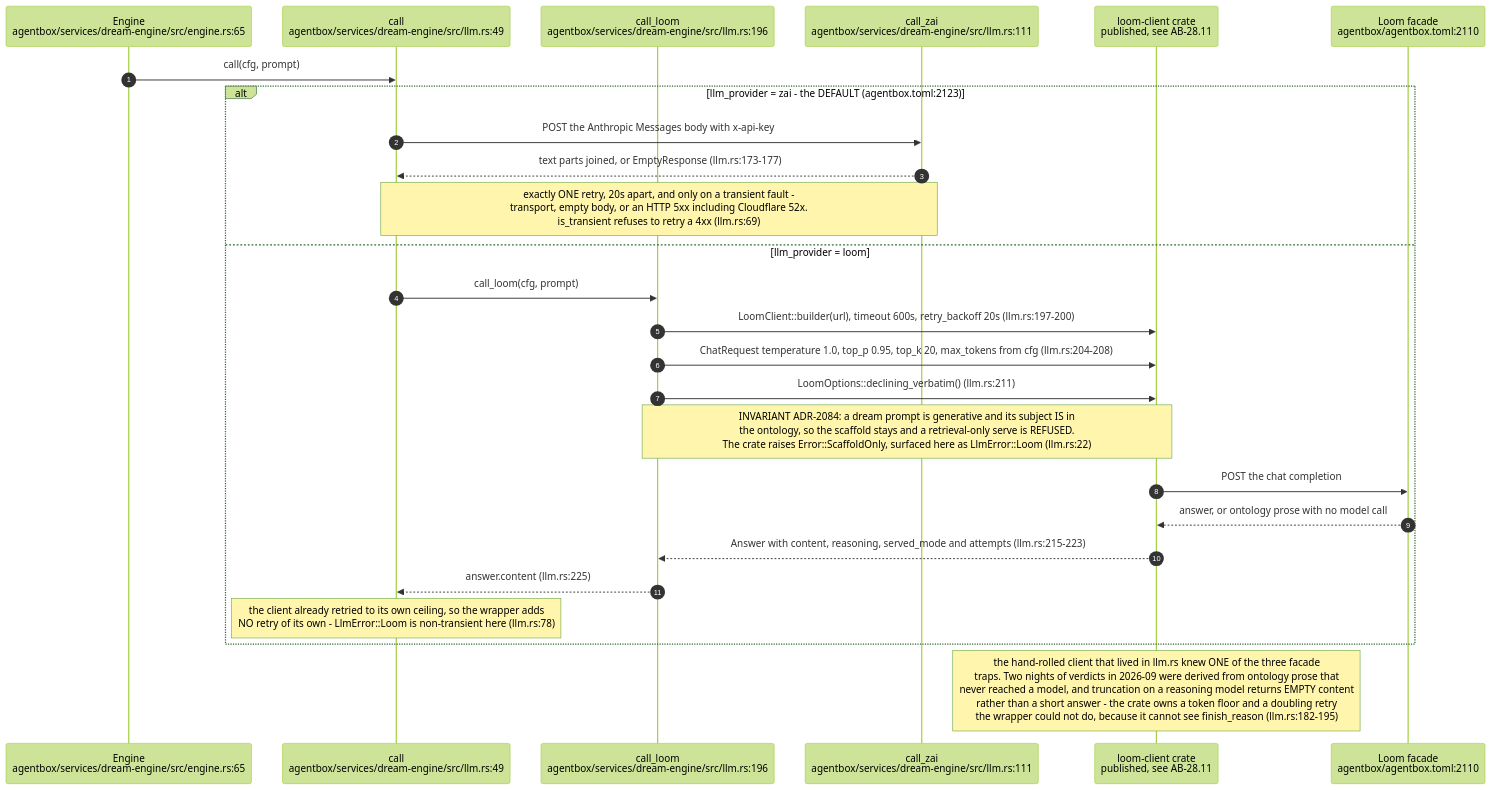
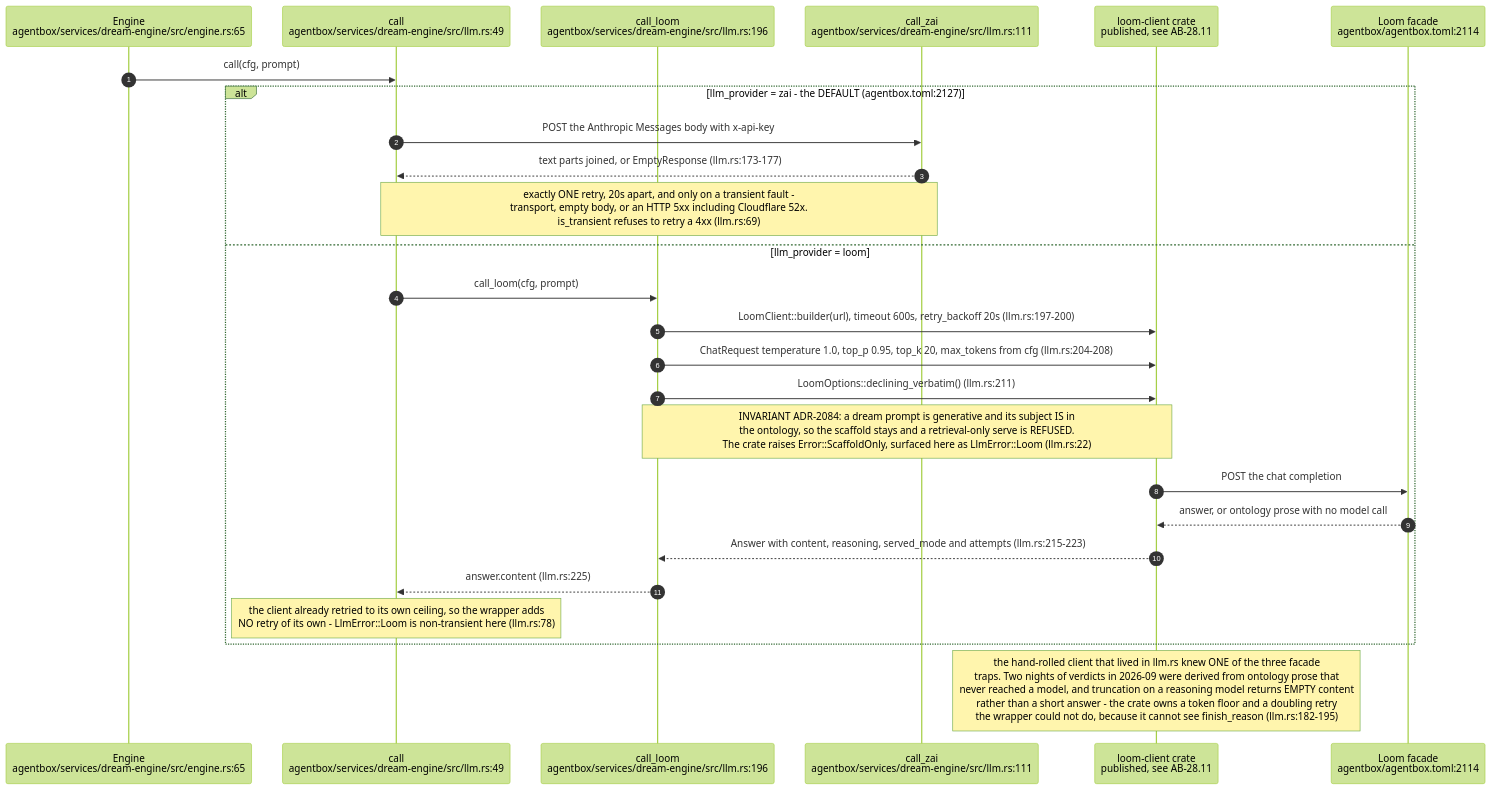
One commit to DreamLab-AI/VisionFlow changed diagram 15 of 19 in docs/diagrams/agentbox/23-dream-engine.md. Above: the diagram before and after it, drawn with Mermaid (forest theme). The commit also changed other lines of this file and 31 other files, not shown here.

````diff
--- a/docs/diagrams/agentbox/23-dream-engine.md
+++ b/docs/diagrams/agentbox/23-dream-engine.md
@@ -787,29 +792,29 @@
 ```mermaid
 sequenceDiagram
     autonumber
     participant ENG as Engine<br/>agentbox/services/dream-engine/src/engine.rs:65
     participant CALL as call<br/>agentbox/services/dream-engine/src/llm.rs:49
     participant LOOM as call_loom<br/>agentbox/services/dream-engine/src/llm.rs:196
     participant ZAI as call_zai<br/>agentbox/services/dream-engine/src/llm.rs:111
     participant CRATE as loom-client crate<br/>published, see AB-28.11
-    participant F as Loom facade<br/>agentbox/agentbox.toml:2110
+    participant F as Loom facade<br/>agentbox/agentbox.toml:2114
 
     ENG->>CALL: call(cfg, prompt)
-    alt llm_provider = zai - the DEFAULT (agentbox.toml:2123)
+    alt llm_provider = zai - the DEFAULT (agentbox.toml:2127)
         CALL->>ZAI: POST the Anthropic Messages body with x-api-key
         ZAI-->>CALL: text parts joined, or EmptyResponse (llm.rs:173-177)
         Note over CALL,ZAI: exactly ONE retry, 20s apart, and only on a transient fault -<br/>transport, empty body, or an HTTP 5xx including Cloudflare 52x.<br/>is_transient refuses to retry a 4xx (llm.rs:69)
     else llm_provider = loom
         CALL->>LOOM: call_loom(cfg, prompt)
         LOOM->>CRATE: LoomClient::builder(url), timeout 600s, retry_backoff 20s (llm.rs:197-200)
         LOOM->>CRATE: ChatRequest temperature 1.0, top_p 0.95, top_k 20, max_tokens from cfg (llm.rs:204-208)
         LOOM->>CRATE: LoomOptions::declining_verbatim() (llm.rs:211)
         Note over LOOM,CRATE: INVARIANT ADR-2084: a dream prompt is generative and its subject IS in<br/>the ontology, so the scaffold stays and a retrieval-only serve is REFUSED.<br/>The crate raises Error::ScaffoldOnly, surfaced here as LlmError::Loom (llm.rs:22)
         CRATE->>F: POST the chat completion
         F-->>CRATE: answer, or ontology prose with no model call
         CRATE-->>LOOM: Answer with content, reasoning, served_mode and attempts (llm.rs:215-223)
         LOOM-->>CALL: answer.content (llm.rs:225)
         Note over CALL: the client already retried to its own ceiling, so the wrapper adds<br/>NO retry of its own - LlmError::Loom is non-transient here (llm.rs:78)
     end
     Note over CRATE: the hand-rolled client that lived in llm.rs knew ONE of the three facade<br/>traps. Two nights of verdicts in 2026-09 were derived from ontology prose that<br/>never reached a model, and truncation on a reasoning model returns EMPTY content<br/>rather than a short answer - the crate owns a token floor and a doubling retry<br/>the wrapper could not do, because it cannot see finish_reason (llm.rs:182-195)
 ```
````
